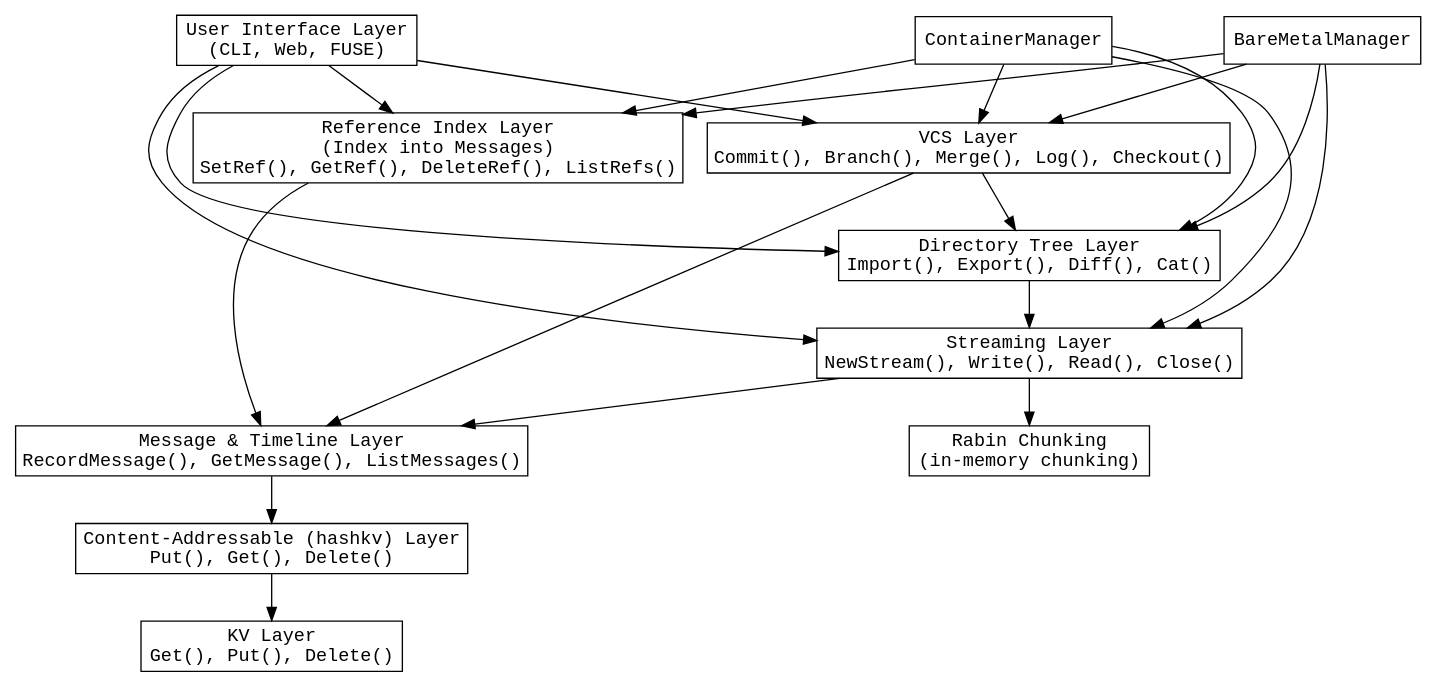
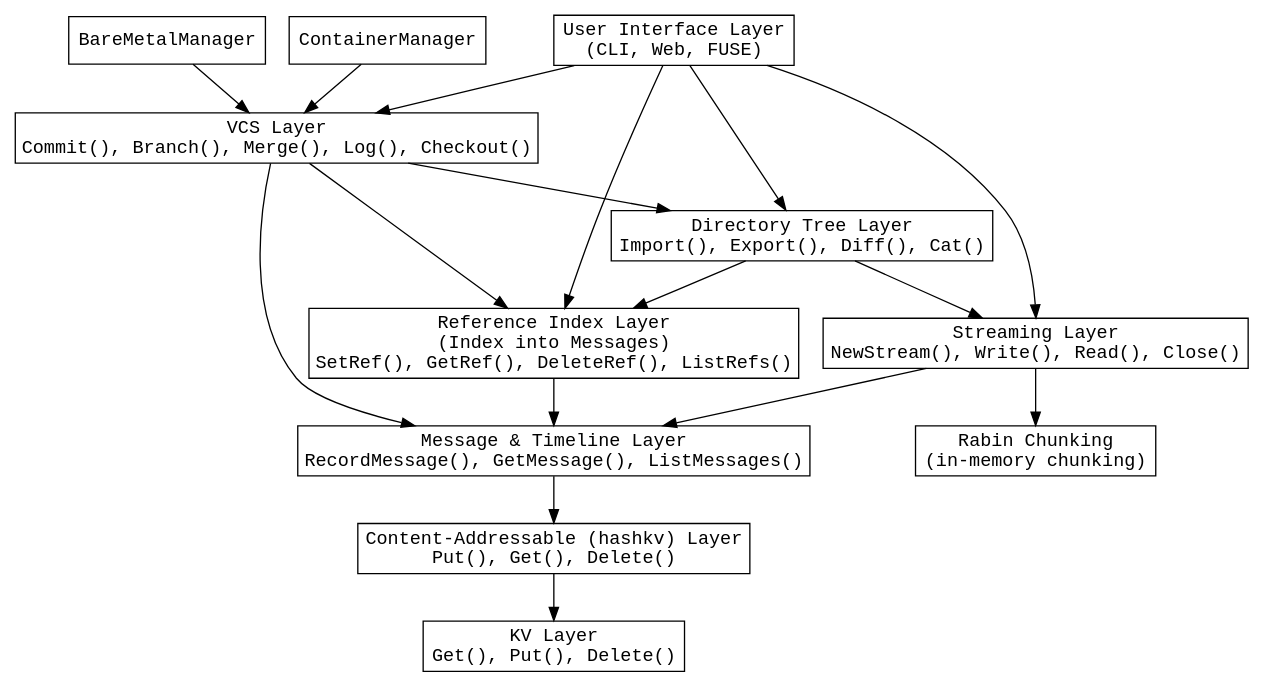
One commit to stevegt/promisebase changed the diagram in x/layers.dot. Above: the diagram before and after it, drawn with Graphviz. The commit also changed 3 other files, not shown here.

First line of the commit message:
Refactor layering docs and graph for updated design

```diff
--- a/x/layers.dot
+++ b/x/layers.dot
@@ -1,51 +1,47 @@
 /* This graph illustrates the layered architecture for
 Promisebase with "everything's a message" call flow.
 Each node represents a module or layer and edges
 indicate call dependencies. */
 digraph Layers {
   rankdir=TB;
   node [shape=box, style=filled, fillcolor=white,
     fontname="monospace"];
 
   UI [label="User Interface Layer\n(CLI, Web, FUSE)"];
   MsgTimeline [label="Message & Timeline Layer\nRecordMessage(), GetMessage(), ListMessages()"];
   VCS [label="VCS Layer\nCommit(), Branch(), Merge(), Log(), Checkout()"];
   DirTree [label="Directory Tree Layer\nImport(), Export(), Diff(), Cat()"];
   Stream [label="Streaming Layer\nNewStream(), Write(), Read(), Close()"];
   Refs [label="Reference Index Layer\n(Index into Messages)\nSetRef(), GetRef(), DeleteRef(), ListRefs()"];
   HashKV [label="Content-Addressable (hashkv) Layer\nPut(), Get(), Delete()"];
   KV [label="KV Layer\nGet(), Put(), Delete()"];
   Rabin [label="Rabin Chunking\n(in-memory chunking)"];
 
   // New call flow: UI → [VCS, DirTree, Stream, Refs] → Message → HashKV → KV
   UI -> VCS;
   UI -> DirTree;
   UI -> Stream;
   UI -> Refs;
   
   VCS -> MsgTimeline;
   VCS -> DirTree;
+  VCS -> Refs;
   DirTree -> Stream;
+  DirTree -> Refs;
   Stream -> MsgTimeline;
   Refs -> MsgTimeline;
   
   MsgTimeline -> HashKV;
   HashKV -> KV;
   
   // Stream still uses Rabin for chunking
   Stream -> Rabin;
 
   // ContainerManager is a k8s replacement
   ContainerManager -> VCS;
-  ContainerManager -> DirTree;
-  ContainerManager -> Stream;
-  ContainerManager -> Refs;
 
   // BareMetalManager is a replacement for legacy DevOps tools
   BareMetalManager -> VCS;
-  BareMetalManager -> DirTree;
-  BareMetalManager -> Stream;
-  BareMetalManager -> Refs;
 
 
 }
```
